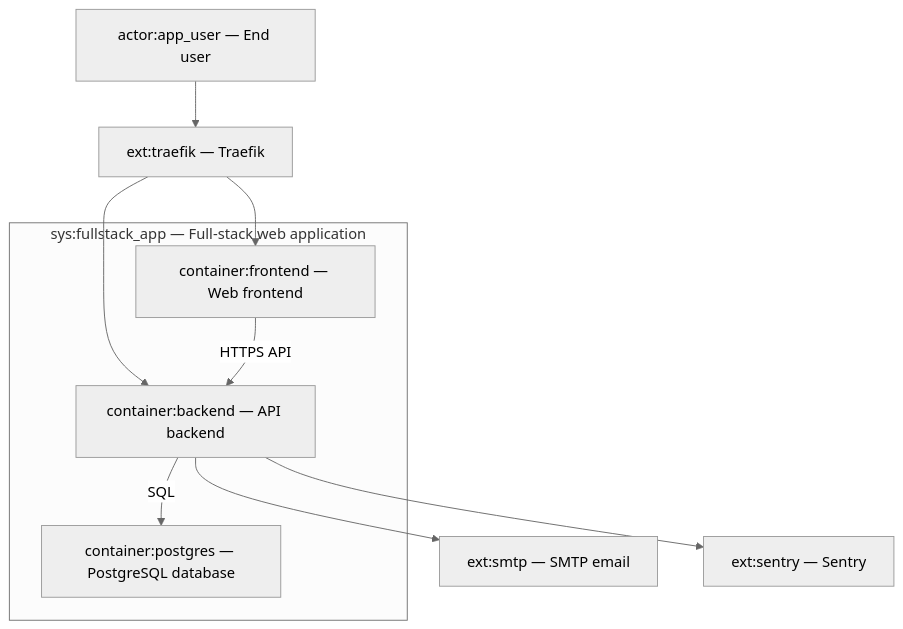
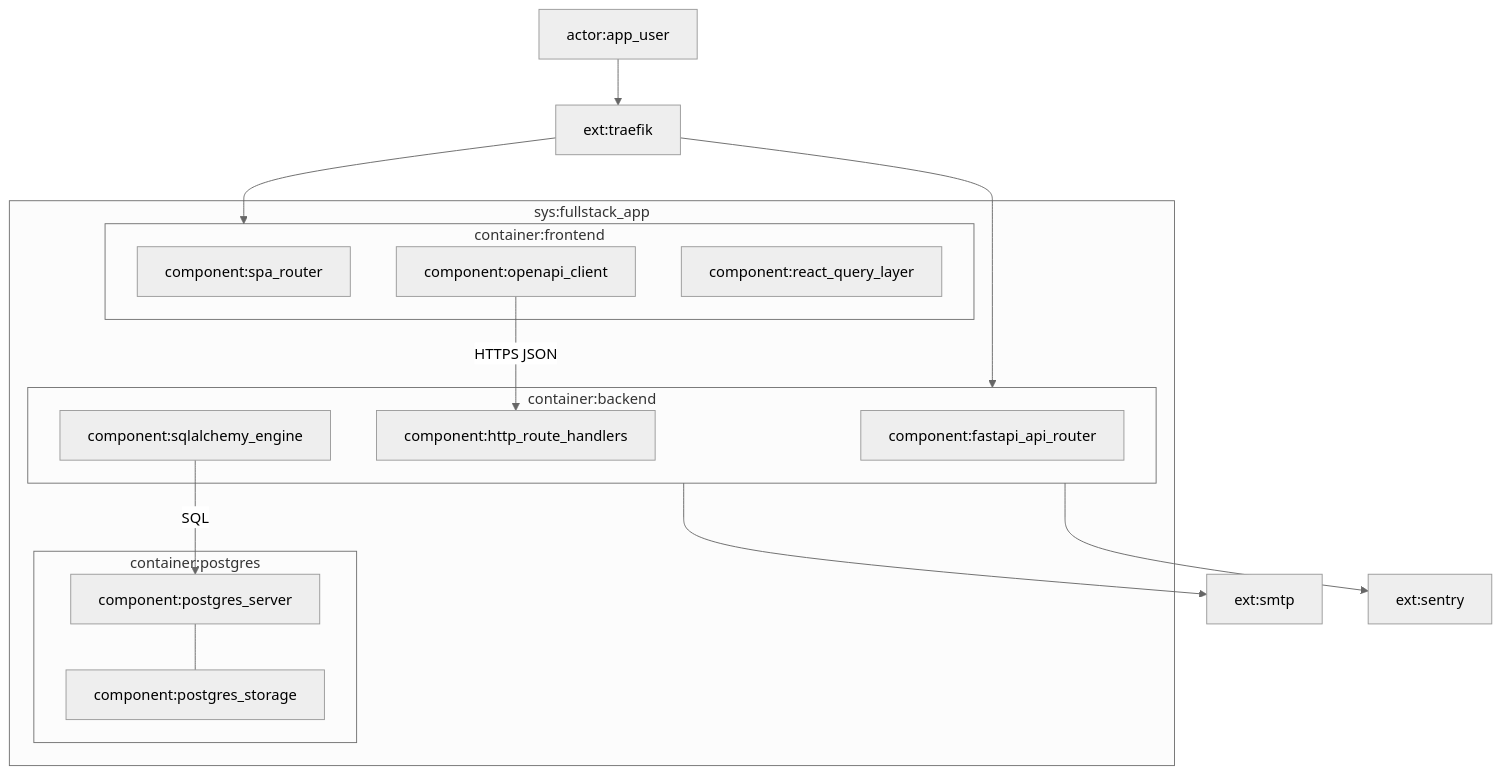
The diagram in docs/c4-live.mermaid.md (Decreen/decreen-arch-diff-demo), drawn with Mermaid (neutral theme) before and after one commit. The commit also changed 3 other files, not shown here.

Commit message:
feat(c4): pass 3 L3 components for frontend, backend, postgres

````diff
--- a/docs/c4-live.mermaid.md
+++ b/docs/c4-live.mermaid.md
@@ -3,19 +3,31 @@
 ```mermaid
 flowchart TB
-  subgraph boundary["sys:fullstack_app — Full-stack web application"]
-    container_frontend["container:frontend — Web frontend"]
-    container_backend["container:backend — API backend"]
-    container_postgres["container:postgres — PostgreSQL database"]
+  subgraph sys["sys:fullstack_app"]
+    subgraph cf["container:frontend"]
+      c_sp["component:spa_router"]
+      c_oc["component:openapi_client"]
+      c_rq["component:react_query_layer"]
+    end
+    subgraph cb["container:backend"]
+      c_fr["component:fastapi_api_router"]
+      c_hh["component:http_route_handlers"]
+      c_se["component:sqlalchemy_engine"]
+    end
+    subgraph cp["container:postgres"]
+      c_ps["component:postgres_storage"]
+      c_pg["component:postgres_server"]
+    end
   end
-  actor_app_user["actor:app_user — End user"]
-  ext_traefik["ext:traefik — Traefik"]
-  ext_smtp["ext:smtp — SMTP email"]
-  ext_sentry["ext:sentry — Sentry"]
+  actor_app_user["actor:app_user"]
+  ext_traefik["ext:traefik"]
+  ext_smtp["ext:smtp"]
+  ext_sentry["ext:sentry"]
   actor_app_user --> ext_traefik
-  ext_traefik --> container_frontend
-  ext_traefik --> container_backend
-  container_frontend -->|HTTPS API| container_backend
-  container_backend -->|SQL| container_postgres
-  container_backend --> ext_smtp
-  container_backend --> ext_sentry
+  ext_traefik --> cf
+  ext_traefik --> cb
+  c_oc -->|HTTPS JSON| c_hh
+  c_se -->|SQL| c_pg
+  cb --> ext_smtp
+  cb --> ext_sentry
+  c_pg --- c_ps
 ```
````
